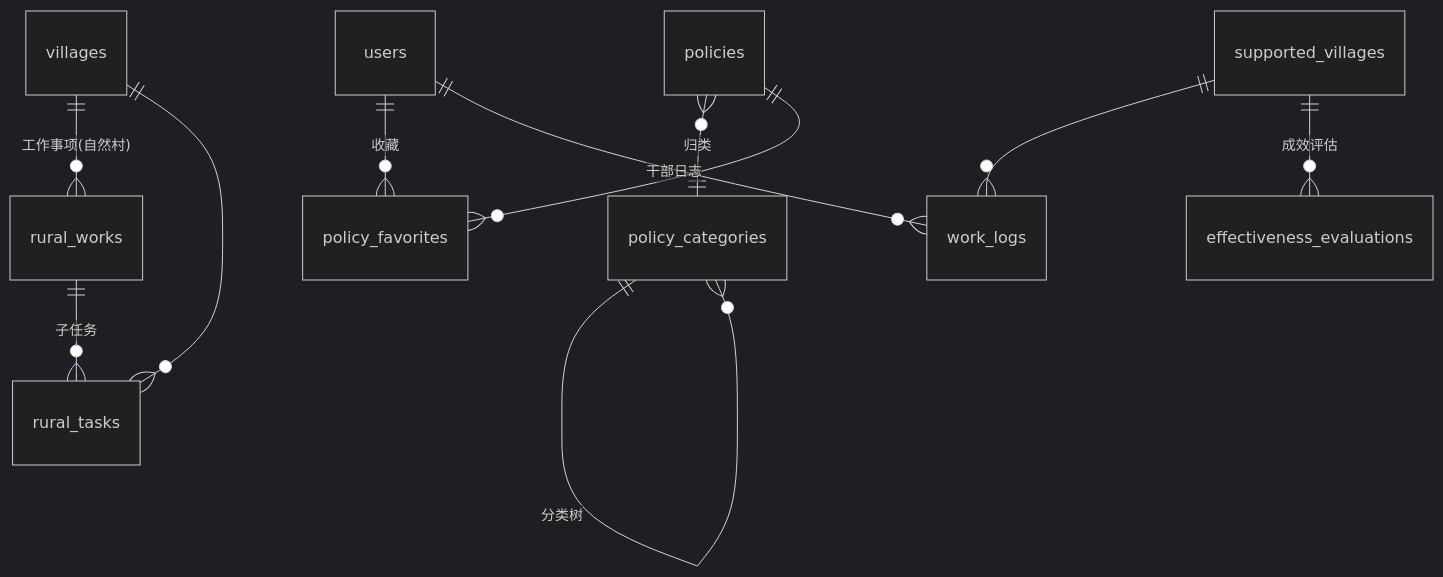
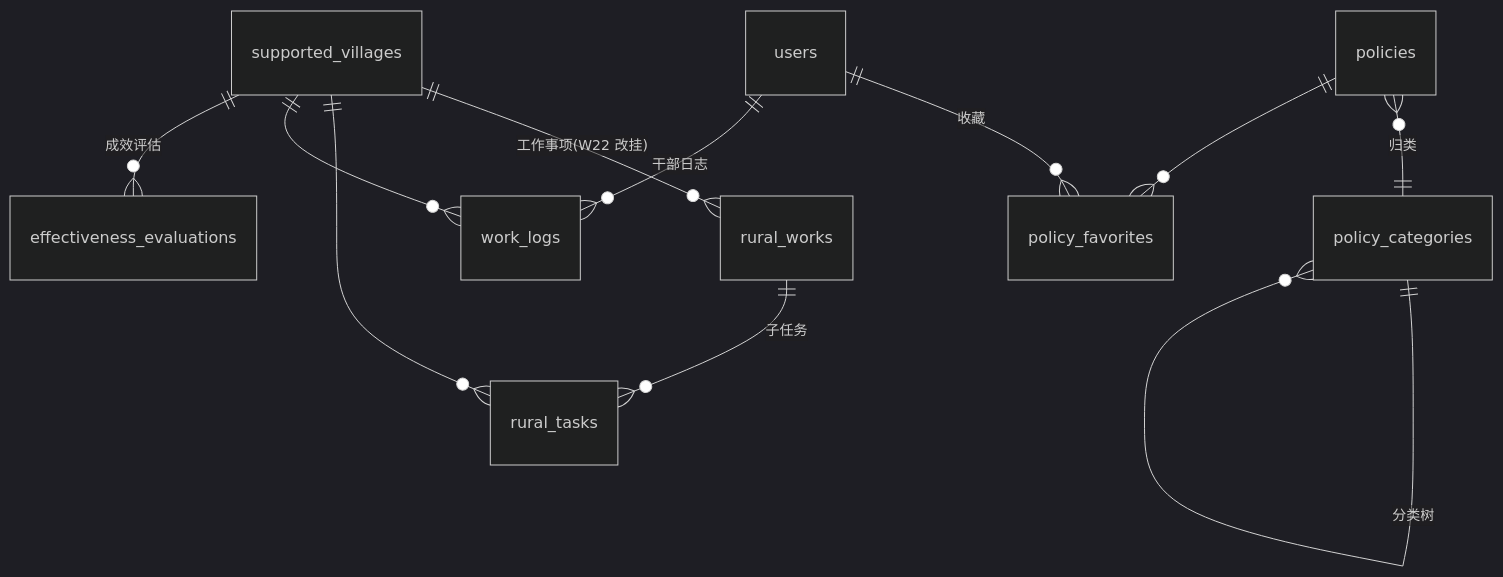
One commit to lzh745200/MRRS changed the seventh of 9 diagrams in docs/03-开发文档/08-数据设计/01-数据库设计总览.md. Above: the diagram before and after it, drawn with Mermaid (dark theme). The commit also changed other lines of this file and 163 other files, not shown here.

````diff
--- a/docs/03-开发文档/08-数据设计/01-数据库设计总览.md
+++ b/docs/03-开发文档/08-数据设计/01-数据库设计总览.md
@@ -259,13 +264,13 @@
 ```mermaid
 erDiagram
     policy_categories ||--o{ policy_categories : "分类树"
     policies }o--|| policy_categories : "归类"
     users ||--o{ policy_favorites : "收藏"
     policies ||--o{ policy_favorites : ""
-    villages ||--o{ rural_works : "工作事项(自然村)"
+    supported_villages ||--o{ rural_works : "工作事项(W22 改挂)"
     rural_works ||--o{ rural_tasks : "子任务"
-    villages ||--o{ rural_tasks : ""
+    supported_villages ||--o{ rural_tasks : ""
     users ||--o{ work_logs : "干部日志"
     supported_villages ||--o{ work_logs : ""
     supported_villages ||--o{ effectiveness_evaluations : "成效评估"
 ```
````
